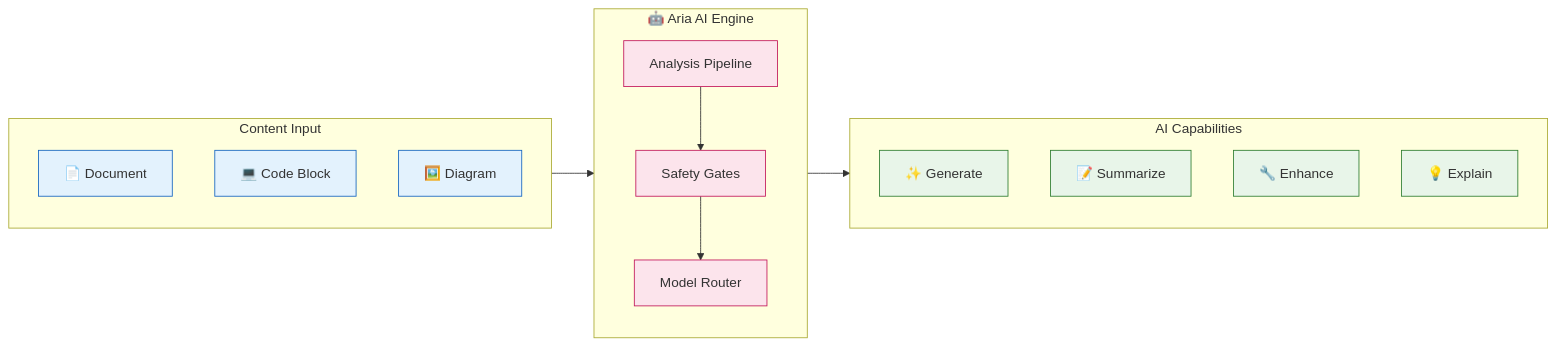
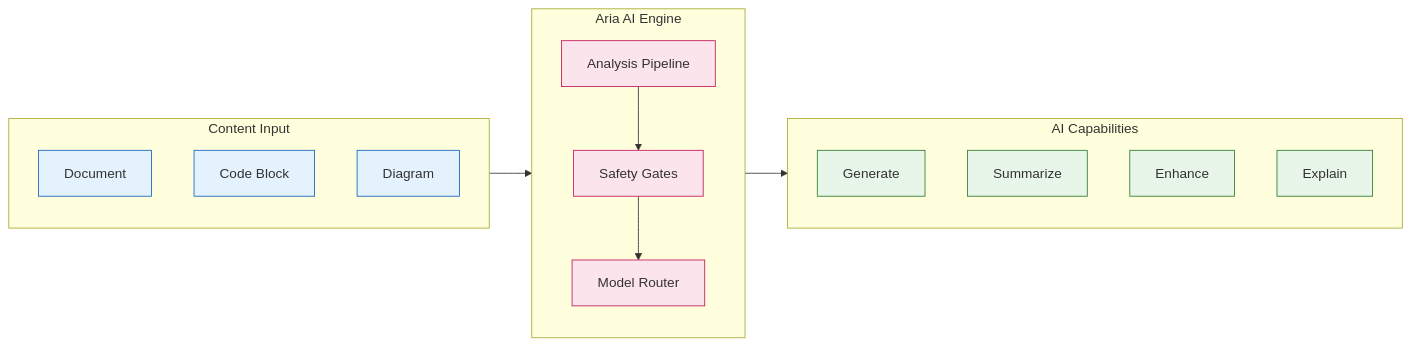
The third of 5 diagrams in index.mdx (materi-ai/atlas), drawn with Mermaid before and after one commit. The commit also changed other lines of this file, not shown here.

````diff
--- a/index.mdx
+++ b/index.mdx
@@ -201,36 +193,36 @@
 ```mermaid
 flowchart LR
     subgraph Input["Content Input"]
-        DOC["📄 Document"]
-        CODE["💻 Code Block"]
-        IMG["🖼️ Diagram"]
+        DOC["Document"]
+        CODE["Code Block"]
+        IMG["Diagram"]
     end
 
-    subgraph Aria["🤖 Aria AI Engine"]
+    subgraph Aria["Aria AI Engine"]
         direction TB
         ANALYZE["Analysis Pipeline"]
         SAFETY["Safety Gates"]
         MODEL["Model Router"]
     end
 
     subgraph Output["AI Capabilities"]
-        GEN["✨ Generate"]
-        SUM["📝 Summarize"]
-        ENH["🔧 Enhance"]
-        EXP["💡 Explain"]
+        GEN["Generate"]
+        SUM["Summarize"]
+        ENH["Enhance"]
+        EXP["Explain"]
     end
 
     Input --> Aria
     Aria --> Output
 
     ANALYZE --> SAFETY
     SAFETY --> MODEL
 
     classDef input fill:#e3f2fd,stroke:#1565c0
     classDef aria fill:#fce4ec,stroke:#c2185b
     classDef output fill:#e8f5e9,stroke:#2e7d32
 
     class DOC,CODE,IMG input
     class ANALYZE,SAFETY,MODEL aria
     class GEN,SUM,ENH,EXP output
 ```
````
